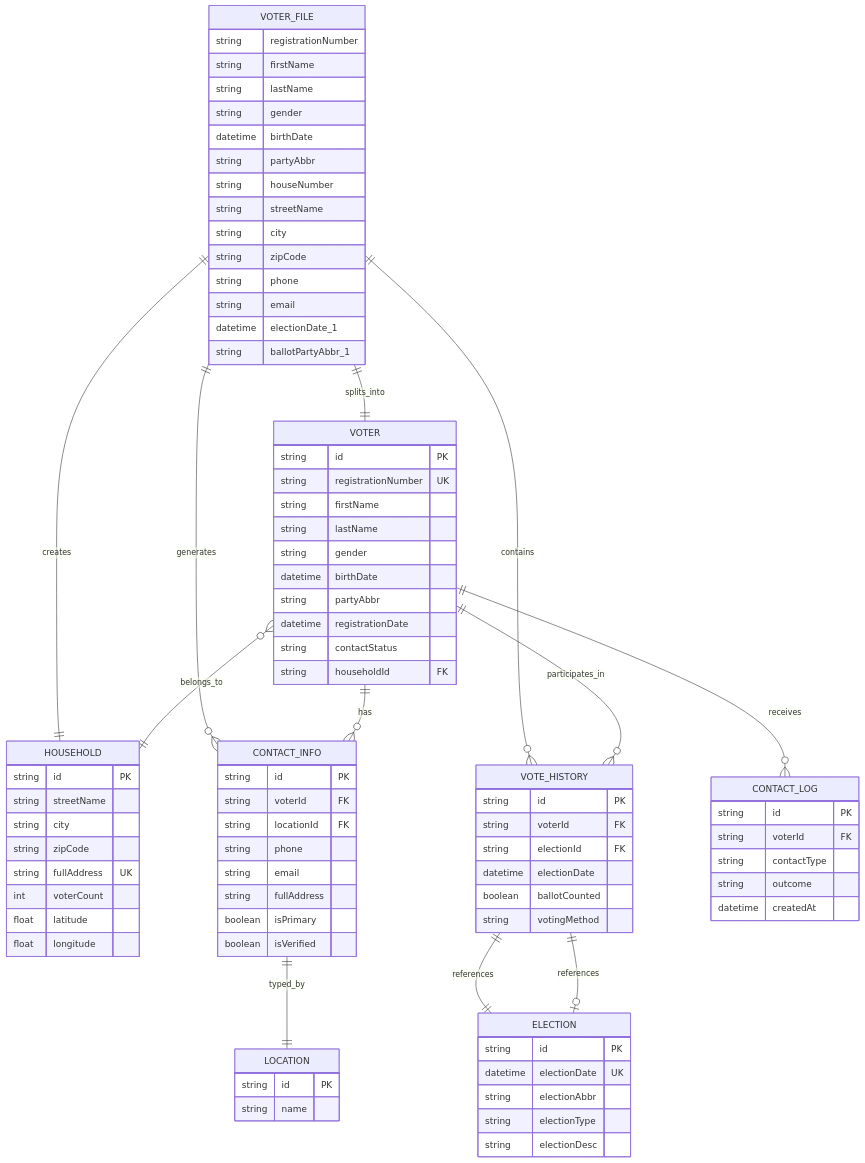
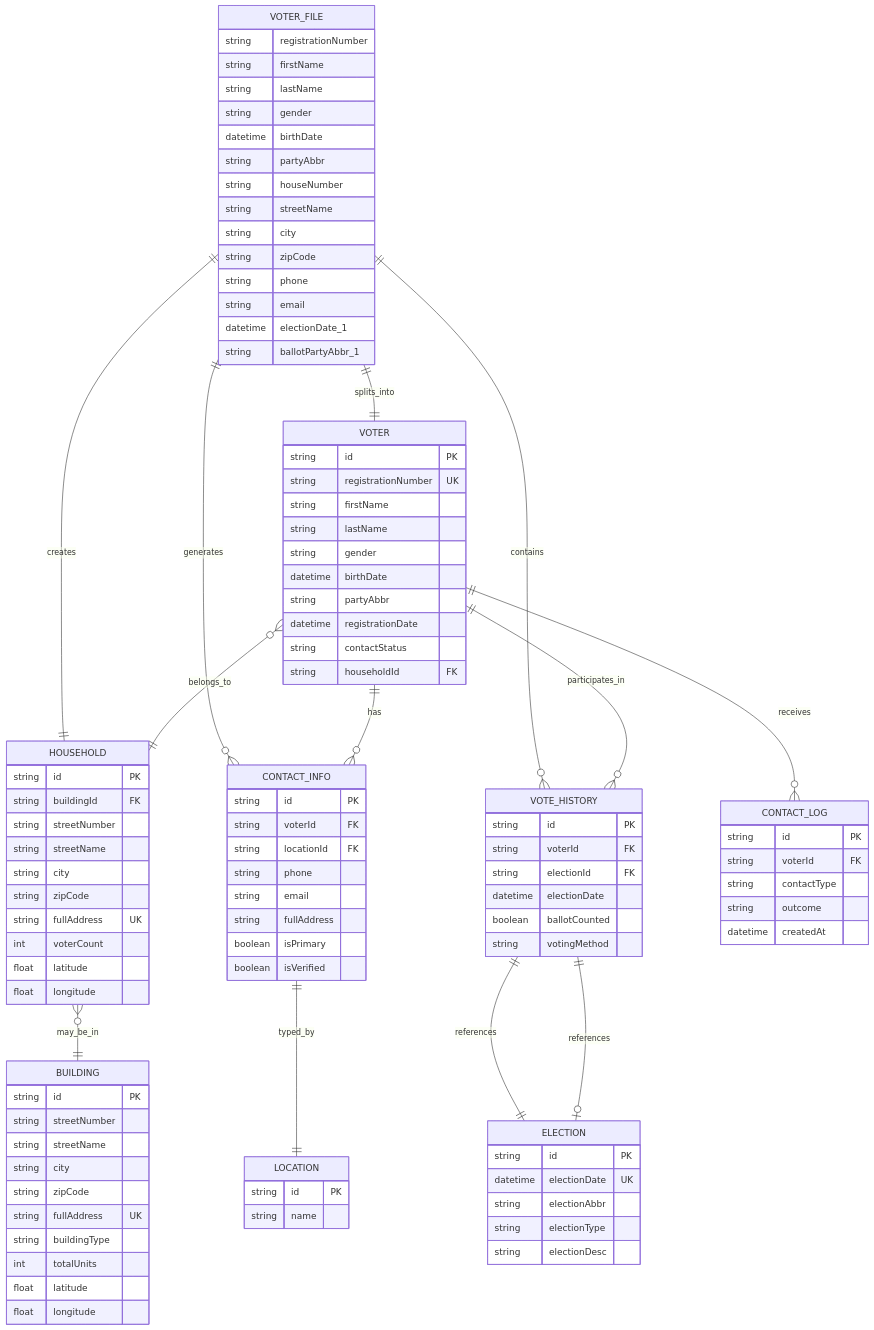
One commit to Spinnernicholas/cocoa-canvas changed the second of 2 diagrams in VOTER_FILE_ARCHITECTURE.md. Above: the diagram before and after it, drawn with Mermaid. The commit also changed other lines of this file, not shown here.

First line of the commit message:
Add Building model for apartment complexes and update relationships

```diff
--- a/VOTER_FILE_ARCHITECTURE.md
+++ b/VOTER_FILE_ARCHITECTURE.md
@@ -43,6 +49,7 @@
     VOTE_HISTORY ||--|| ELECTION : references
 
     VOTER }o--|| HOUSEHOLD: "belongs_to"
+    HOUSEHOLD }o--|| BUILDING: "may_be_in"
     VOTER ||--o{ CONTACT_INFO: "has"
     VOTER ||--o{ CONTACT_LOG: "receives"
     VOTER ||--o{ VOTE_HISTORY: "participates_in"
@@ -80,8 +87,23 @@
         string householdId FK
     }
 
+    BUILDING {
+        string id PK
+        string streetNumber
+        string streetName
+        string city
+        string zipCode
+        string fullAddress UK
+        string buildingType
+        int totalUnits
+        float latitude
+        float longitude
+    }
+
     HOUSEHOLD {
         string id PK
+        string buildingId FK
+        string streetNumber
         string streetName
         string city
         string zipCode
```
